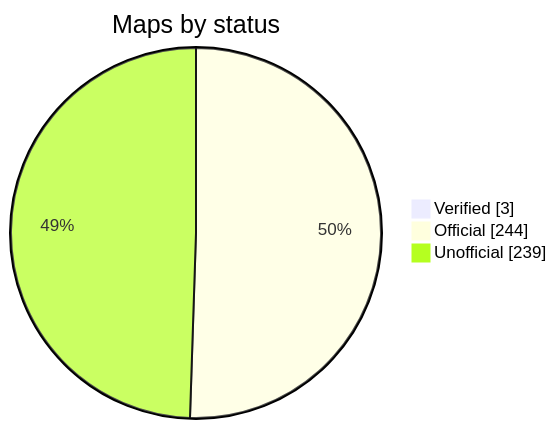
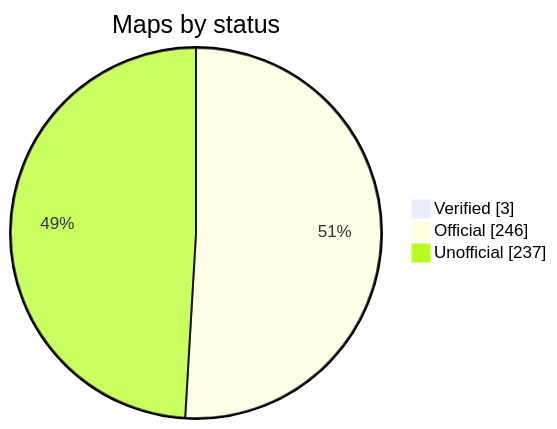
The diagram in README.md (nobrega8/mbmap-library), drawn with Mermaid before and after one commit. The commit also changed 3 other files, not shown here.

````diff
--- a/README.md
+++ b/README.md
@@ -48,7 +48,7 @@
 ```mermaid
 pie showData
     title Maps by status
     "Verified" : 3
-    "Official" : 244
-    "Unofficial" : 239
+    "Official" : 246
+    "Unofficial" : 237
 ```
````
